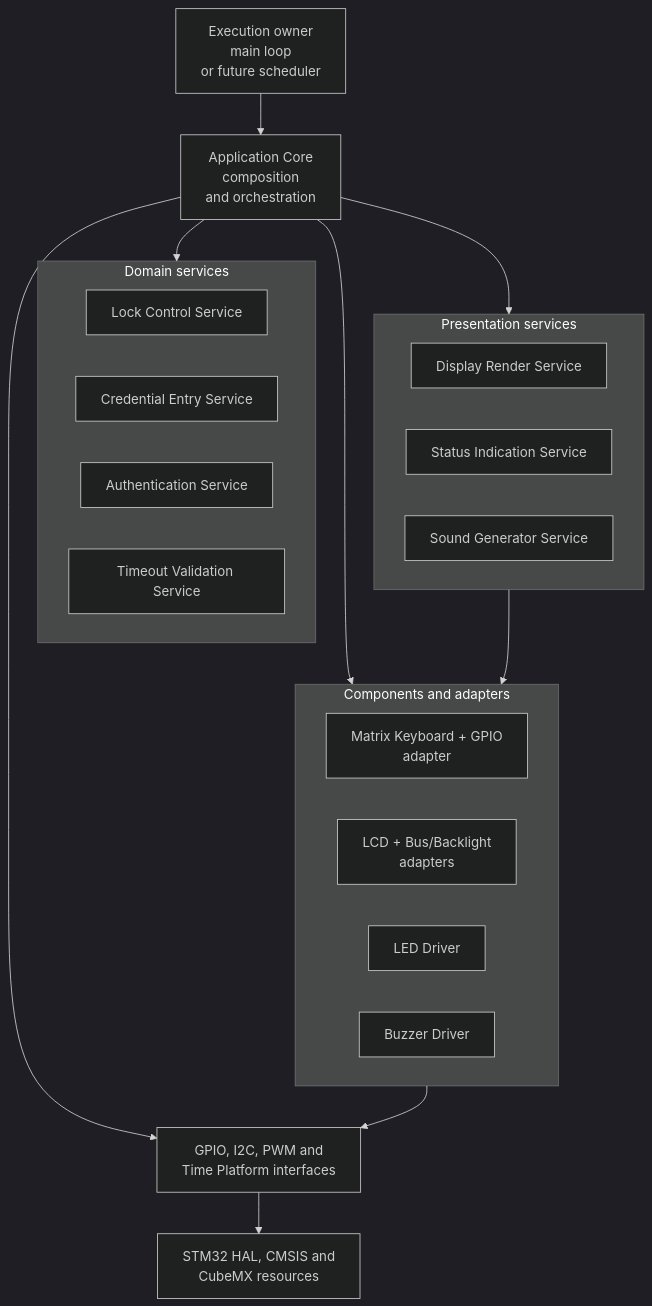
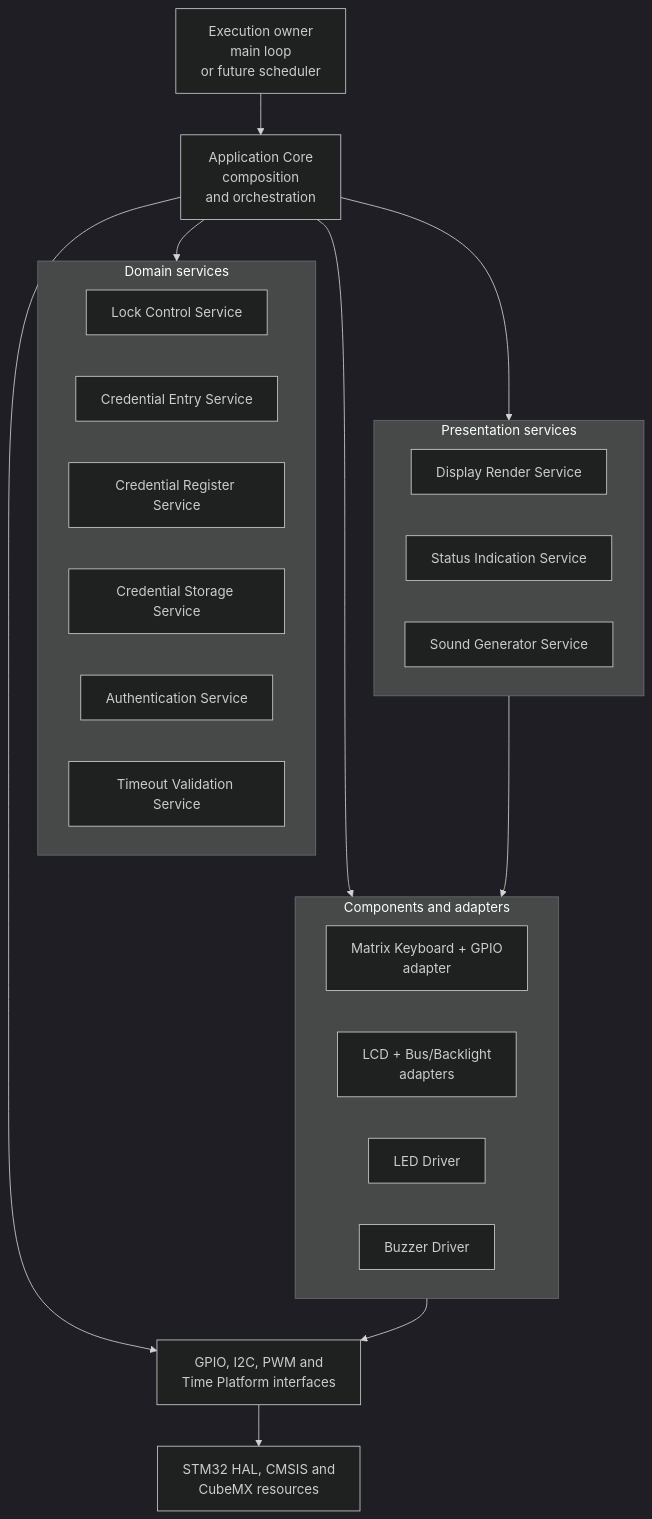
The first of 5 diagrams in App/Core/README.md (JP-REY/STM32F103C8T6-Based-Electronic-Lock), drawn with Mermaid (dark theme) before and after one commit. The commit also changed other lines of this file and 8 other files, not shown here.

First line of the commit message:
feature(lock-control): integrate credential register flow into FSM

````diff
--- a/App/Core/README.md
+++ b/App/Core/README.md
@@ -123,37 +123,39 @@
 ```mermaid
 flowchart TB
     MAIN["Execution owner<br/>main loop<br/> or future scheduler"]
     APP["Application Core<br/>composition <br/>and orchestration"]
 
     subgraph DOMAIN["Domain services"]
         LCS["Lock Control Service"]
         CES["Credential Entry Service"]
+        CRS["Credential Register Service"]
+        CSS["Credential Storage Service"]
         AS["Authentication Service"]
         TVS["Timeout Validation Service"]
     end
 
     subgraph PRESENTATION["Presentation services"]
         DRS["Display Render Service"]
         SIS["Status Indication Service"]
         SGS["Sound Generator Service"]
     end
 
     subgraph COMPONENTS["Components and adapters"]
         KEYBOARD["Matrix Keyboard + GPIO <br/>adapter"]
         LCD["LCD + Bus/Backlight<br/> adapters"]
         LED["LED Driver"]
         BUZZER["Buzzer Driver"]
     end
 
     PLATFORM["GPIO, I2C, PWM and <br/>Time Platform interfaces"]
     HAL["STM32 HAL, CMSIS and<br/> CubeMX resources"]
 
     MAIN --> APP
     APP --> DOMAIN
     APP --> PRESENTATION
     APP --> COMPONENTS
     PRESENTATION --> COMPONENTS
     COMPONENTS --> PLATFORM
     APP --> PLATFORM
     PLATFORM --> HAL
 ```
````
